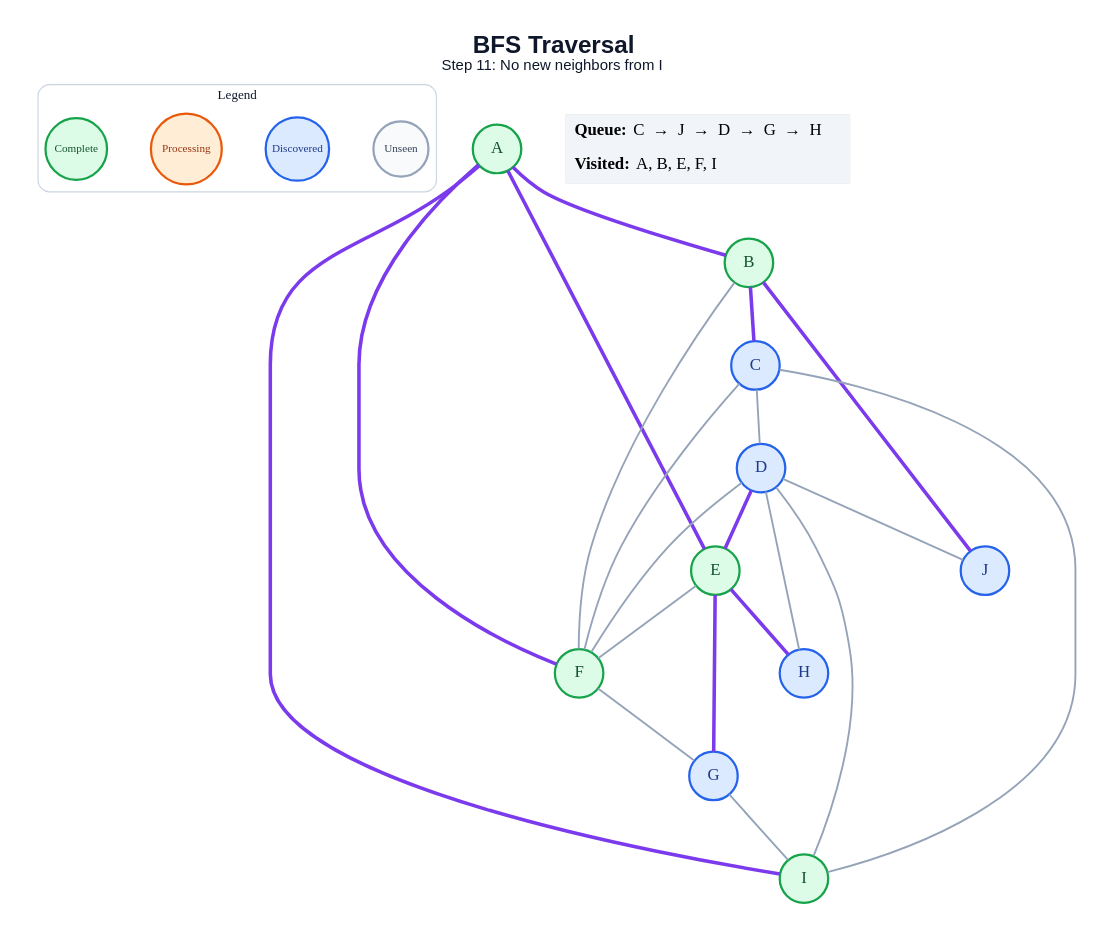
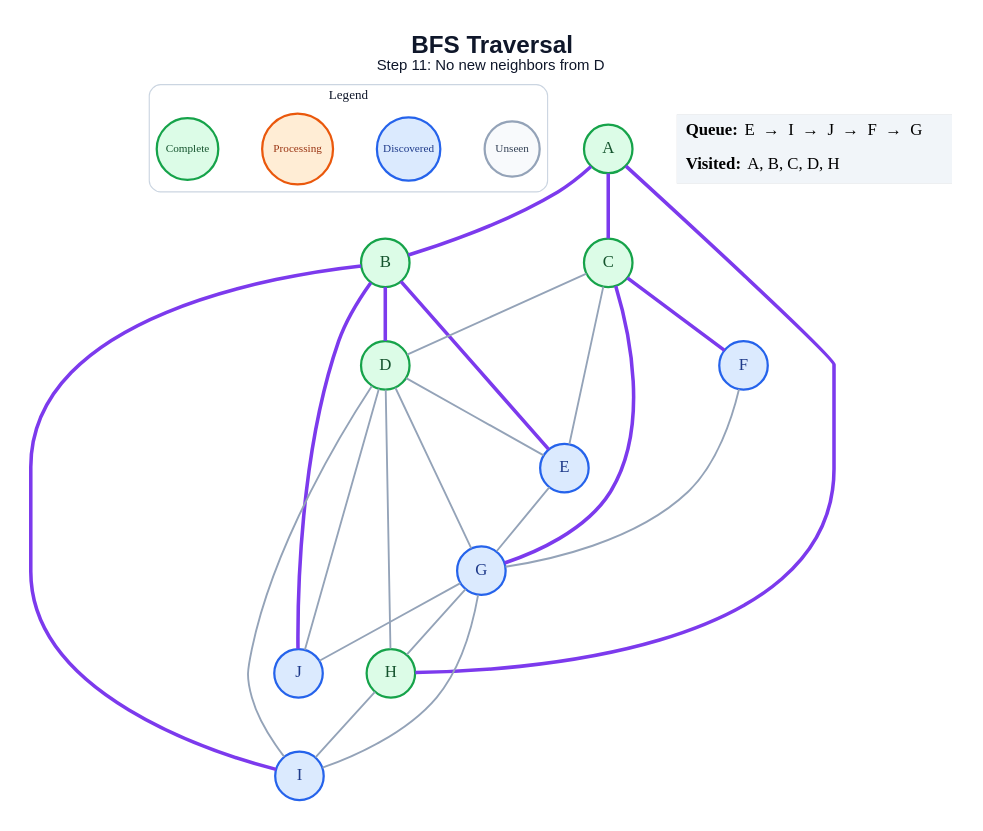
Before and after one commit to anon7238593-create/ai-slop: the diagram in generated/bfs/step_11.dot, drawn with Graphviz. The commit also changed 178 other files, not shown here.

```diff
--- a/generated/bfs/step_11.dot
+++ b/generated/bfs/step_11.dot
@@ -1,49 +1,51 @@
 graph traversal {
   graph [layout=dot, rankdir=TB, bgcolor="#FFFFFF", pad="0.35", nodesep="0.65", ranksep="0.8", fontname="Arial"];
   node [shape=circle, style="filled", fontname="Arial Bold", fontsize=18, width=0.72, fixedsize=true, penwidth=2.4];
   edge [color="#94A3B8", penwidth=2.0];
-  label=<<B>BFS Traversal</B><BR/><FONT POINT-SIZE="16">Step 11: No new neighbors from I</FONT>>; labelloc="t"; fontsize=26; fontname="Arial"; fontcolor="#0F172A";
+  label=<<B>BFS Traversal</B><BR/><FONT POINT-SIZE="16">Step 11: No new neighbors from D</FONT>>; labelloc="t"; fontsize=26; fontname="Arial"; fontcolor="#0F172A";
   subgraph cluster_legend { label="Legend"; color="#CBD5E1"; penwidth=1.2; style="rounded"; fontsize=14; fontname="Arial Bold";
     key_unseen [label="Unseen", fillcolor="#F8FAFC", color="#94A3B8", fontcolor="#334155", fontsize=12, width=0.82];
     key_frontier [label="Discovered", fillcolor="#DBEAFE", color="#2563EB", fontcolor="#1E3A8A", fontsize=12, width=0.95];
     key_current [label="Processing", fillcolor="#FFEDD5", color="#EA580C", fontcolor="#9A3412", fontsize=12, width=1.05];
     key_done [label="Complete", fillcolor="#DCFCE7", color="#16A34A", fontcolor="#14532D", fontsize=12, width=0.92];
     { rank=same; key_unseen; key_frontier; key_current; key_done; }
   }
   A [fillcolor="#DCFCE7", color="#16A34A", fontcolor="#14532D"];
   B [fillcolor="#DCFCE7", color="#16A34A", fontcolor="#14532D"];
-  C [fillcolor="#DBEAFE", color="#2563EB", fontcolor="#1E3A8A"];
-  D [fillcolor="#DBEAFE", color="#2563EB", fontcolor="#1E3A8A"];
-  E [fillcolor="#DCFCE7", color="#16A34A", fontcolor="#14532D"];
-  F [fillcolor="#DCFCE7", color="#16A34A", fontcolor="#14532D"];
+  C [fillcolor="#DCFCE7", color="#16A34A", fontcolor="#14532D"];
+  D [fillcolor="#DCFCE7", color="#16A34A", fontcolor="#14532D"];
+  E [fillcolor="#DBEAFE", color="#2563EB", fontcolor="#1E3A8A"];
+  F [fillcolor="#DBEAFE", color="#2563EB", fontcolor="#1E3A8A"];
   G [fillcolor="#DBEAFE", color="#2563EB", fontcolor="#1E3A8A"];
-  H [fillcolor="#DBEAFE", color="#2563EB", fontcolor="#1E3A8A"];
-  I [fillcolor="#DCFCE7", color="#16A34A", fontcolor="#14532D"];
+  H [fillcolor="#DCFCE7", color="#16A34A", fontcolor="#14532D"];
+  I [fillcolor="#DBEAFE", color="#2563EB", fontcolor="#1E3A8A"];
   J [fillcolor="#DBEAFE", color="#2563EB", fontcolor="#1E3A8A"];
   A -- B [color="#7C3AED", penwidth=3.8];
-  A -- E [color="#7C3AED", penwidth=3.8];
-  A -- F [color="#7C3AED", penwidth=3.8];
-  A -- I [color="#7C3AED", penwidth=3.8];
-  B -- C [color="#7C3AED", penwidth=3.8];
-  B -- F;
+  A -- C [color="#7C3AED", penwidth=3.8];
+  A -- H [color="#7C3AED", penwidth=3.8];
+  B -- D [color="#7C3AED", penwidth=3.8];
+  B -- E [color="#7C3AED", penwidth=3.8];
+  B -- I [color="#7C3AED", penwidth=3.8];
   B -- J [color="#7C3AED", penwidth=3.8];
   C -- D;
-  C -- F;
-  C -- I;
-  D -- E [color="#7C3AED", penwidth=3.8];
-  D -- F;
+  C -- E;
+  C -- F [color="#7C3AED", penwidth=3.8];
+  C -- G [color="#7C3AED", penwidth=3.8];
+  D -- E;
+  D -- G;
   D -- H;
   D -- I;
   D -- J;
-  E -- F;
-  E -- G [color="#7C3AED", penwidth=3.8];
-  E -- H [color="#7C3AED", penwidth=3.8];
+  E -- G;
   F -- G;
+  G -- H;
   G -- I;
+  G -- J;
+  H -- I;
   status [shape=plain, fixedsize=false, width=0, height=0, margin=0, label=<
     <TABLE BORDER="0" CELLBORDER="0" CELLPADDING="7" BGCOLOR="#F1F5F9">
-      <TR><TD ALIGN="LEFT"><B>Queue:</B> C  →  J  →  D  →  G  →  H</TD></TR>
-      <TR><TD ALIGN="LEFT"><B>Visited:</B> A, B, E, F, I</TD></TR>
+      <TR><TD ALIGN="LEFT"><B>Queue:</B> E  →  I  →  J  →  F  →  G</TD></TR>
+      <TR><TD ALIGN="LEFT"><B>Visited:</B> A, B, C, D, H</TD></TR>
     </TABLE>
   >];
 }
```
